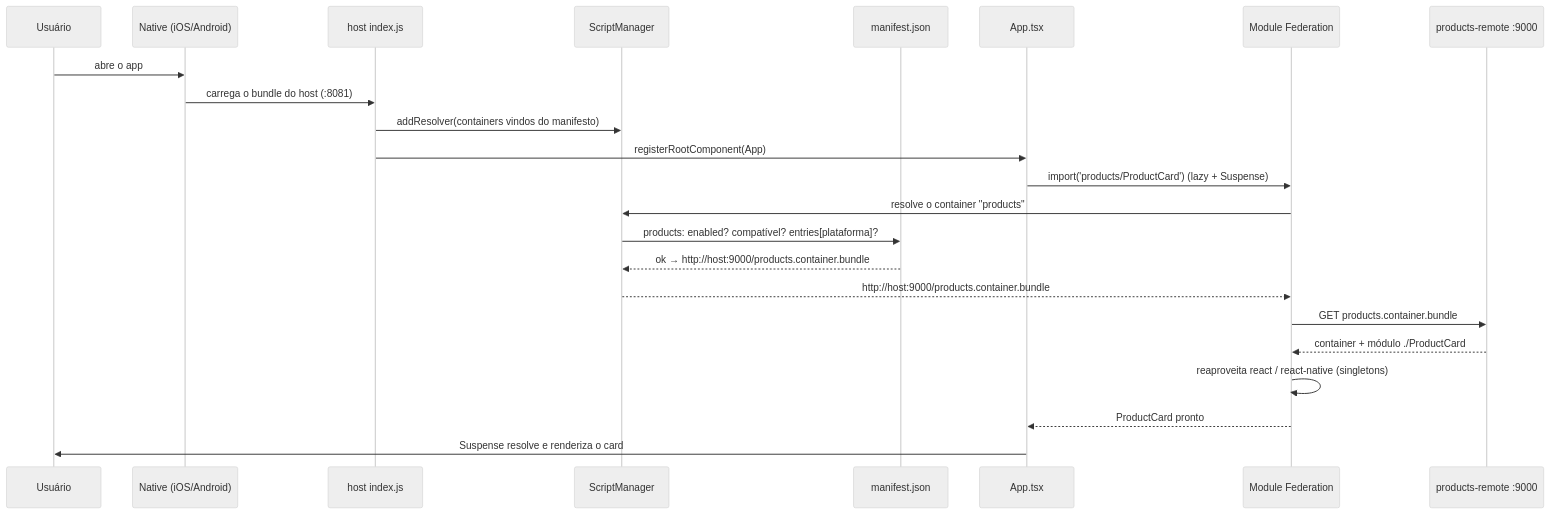
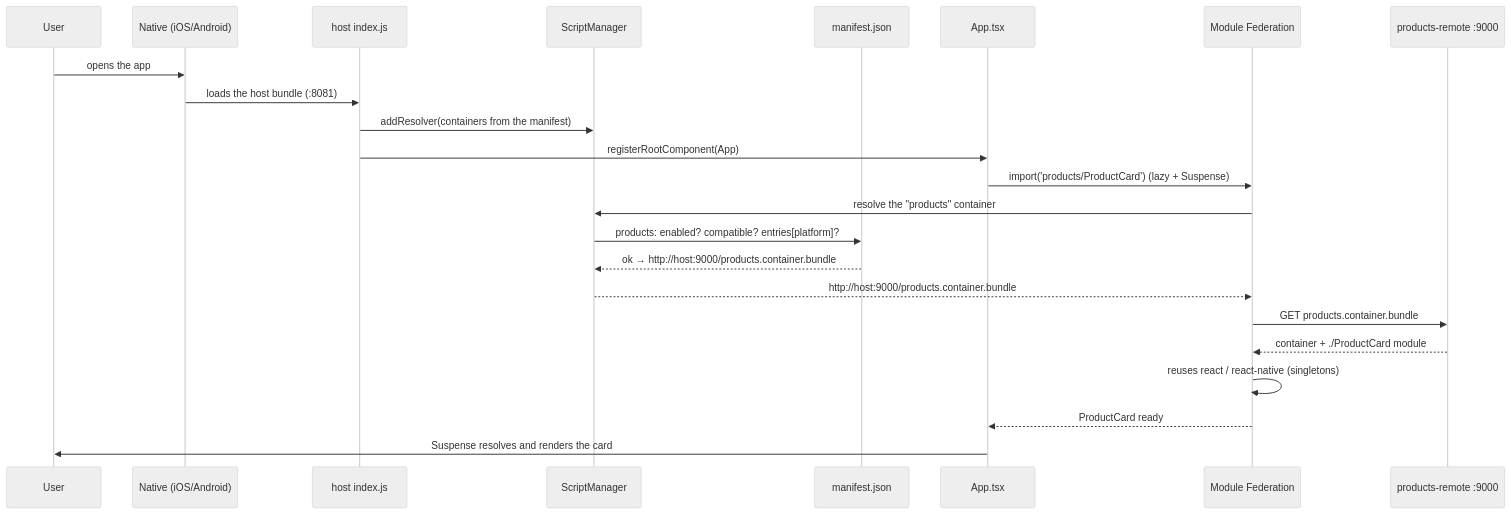
The second of 2 diagrams in mf-runtime/README.md (Luizrebelatto/module-federation-playground), drawn with Mermaid (neutral theme) before and after one commit. The commit also changed other lines of this file and 1 other file, not shown here.

````diff
--- a/mf-runtime/README.md
+++ b/mf-runtime/README.md
@@ -68,26 +68,26 @@
 ```mermaid
 sequenceDiagram
-    participant U as Usuário
+    participant U as User
     participant N as Native (iOS/Android)
     participant I as host index.js
     participant SM as ScriptManager
     participant M as manifest.json
     participant A as App.tsx
     participant MF as Module Federation
     participant R as products-remote :9000
 
-    U->>N: abre o app
-    N->>I: carrega o bundle do host (:8081)
-    I->>SM: addResolver(containers vindos do manifesto)
+    U->>N: opens the app
+    N->>I: loads the host bundle (:8081)
+    I->>SM: addResolver(containers from the manifest)
     I->>A: registerRootComponent(App)
     A->>MF: import('products/ProductCard')  (lazy + Suspense)
-    MF->>SM: resolve o container "products"
-    SM->>M: products: enabled? compatível? entries[plataforma]?
+    MF->>SM: resolve the "products" container
+    SM->>M: products: enabled? compatible? entries[platform]?
     M-->>SM: ok → http://host:9000/products.container.bundle
     SM-->>MF: http://host:9000/products.container.bundle
     MF->>R: GET products.container.bundle
-    R-->>MF: container + módulo ./ProductCard
-    MF->>MF: reaproveita react / react-native (singletons)
-    MF-->>A: ProductCard pronto
-    A->>U: Suspense resolve e renderiza o card
+    R-->>MF: container + ./ProductCard module
+    MF->>MF: reuses react / react-native (singletons)
+    MF-->>A: ProductCard ready
+    A->>U: Suspense resolves and renders the card
 ```
````
